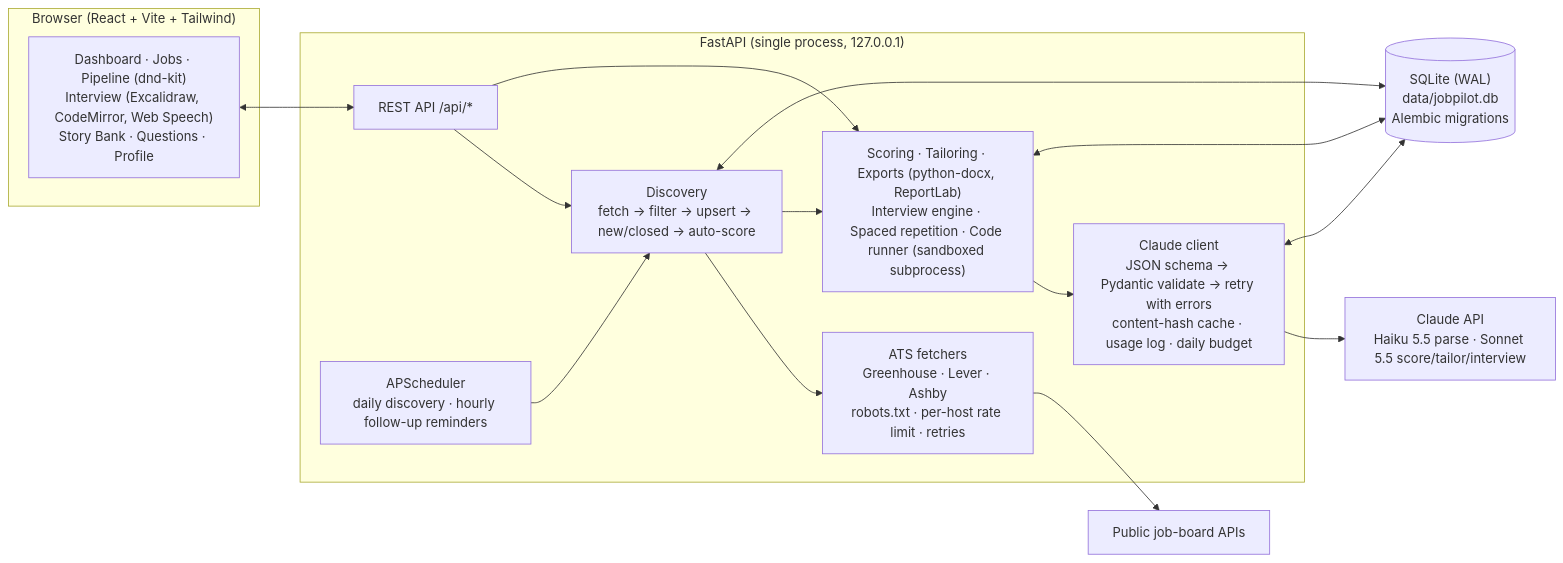
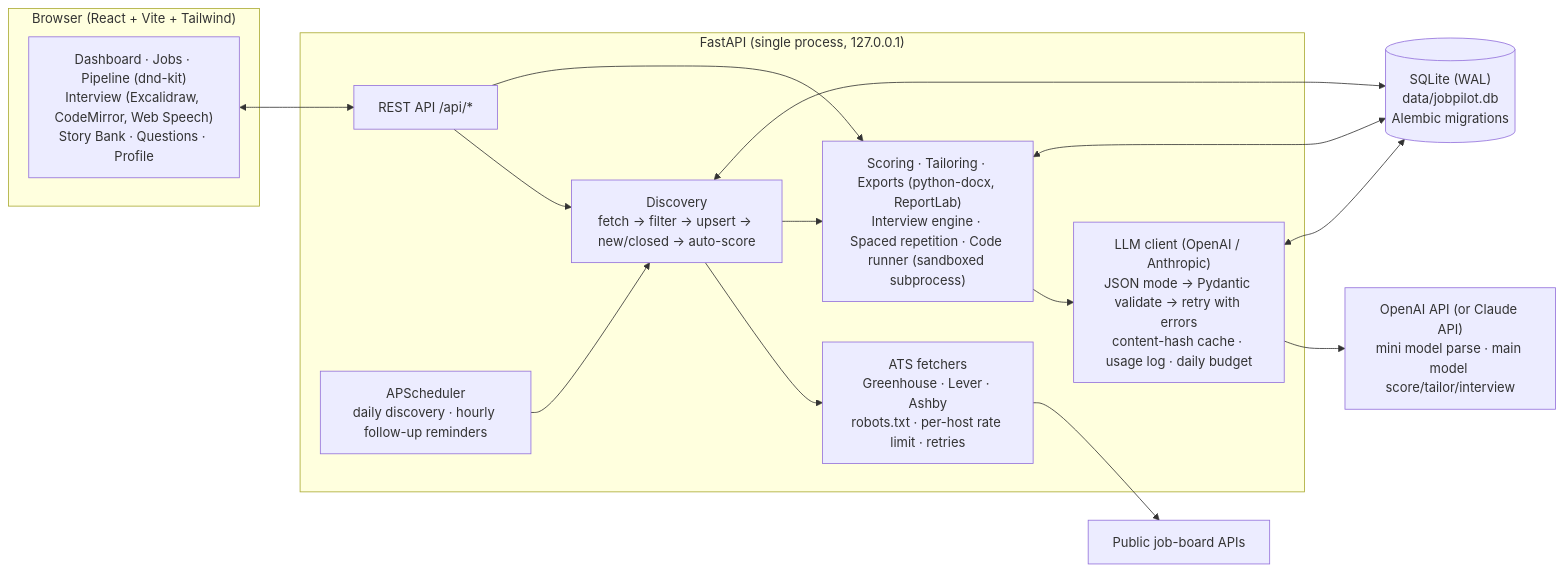
Before and after one commit to ramakrishnast/job_search: the first of 2 diagrams in README.md, drawn with Mermaid. The commit also changed other lines of this file and 22 other files, not shown here.

````diff
--- a/README.md
+++ b/README.md
@@ -60,29 +75,29 @@
 ```mermaid
 flowchart LR
   subgraph Browser["Browser (React + Vite + Tailwind)"]
     UI["Dashboard · Jobs · Pipeline (dnd-kit)<br/>Interview (Excalidraw, CodeMirror, Web Speech)<br/>Story Bank · Questions · Profile"]
   end
 
   subgraph Server["FastAPI (single process, 127.0.0.1)"]
     API["REST API /api/*"]
     SCHED["APScheduler<br/>daily discovery · hourly follow-up reminders"]
     DISC["Discovery<br/>fetch → filter → upsert → new/closed → auto-score"]
     ATS["ATS fetchers<br/>Greenhouse · Lever · Ashby<br/>robots.txt · per-host rate limit · retries"]
-    LLM["Claude client<br/>JSON schema → Pydantic validate → retry with errors<br/>content-hash cache · usage log · daily budget"]
+    LLM["LLM client (OpenAI / Anthropic)<br/>JSON mode → Pydantic validate → retry with errors<br/>content-hash cache · usage log · daily budget"]
     SVC["Scoring · Tailoring · Exports (python-docx, ReportLab)<br/>Interview engine · Spaced repetition · Code runner (sandboxed subprocess)"]
   end
 
   DB[("SQLite (WAL)<br/>data/jobpilot.db<br/>Alembic migrations")]
   BOARDS["Public job-board APIs"]
-  CLAUDE["Claude API<br/>Haiku 5.5 parse · Sonnet 5.5 score/tailor/interview"]
+  CLAUDE["OpenAI API (or Claude API)<br/>mini model parse · main model score/tailor/interview"]
 
   UI <--> API
   SCHED --> DISC
   API --> DISC
   DISC --> ATS --> BOARDS
   DISC --> SVC
   API --> SVC --> LLM --> CLAUDE
   SVC <--> DB
   DISC <--> DB
   LLM <--> DB
 ```
````
